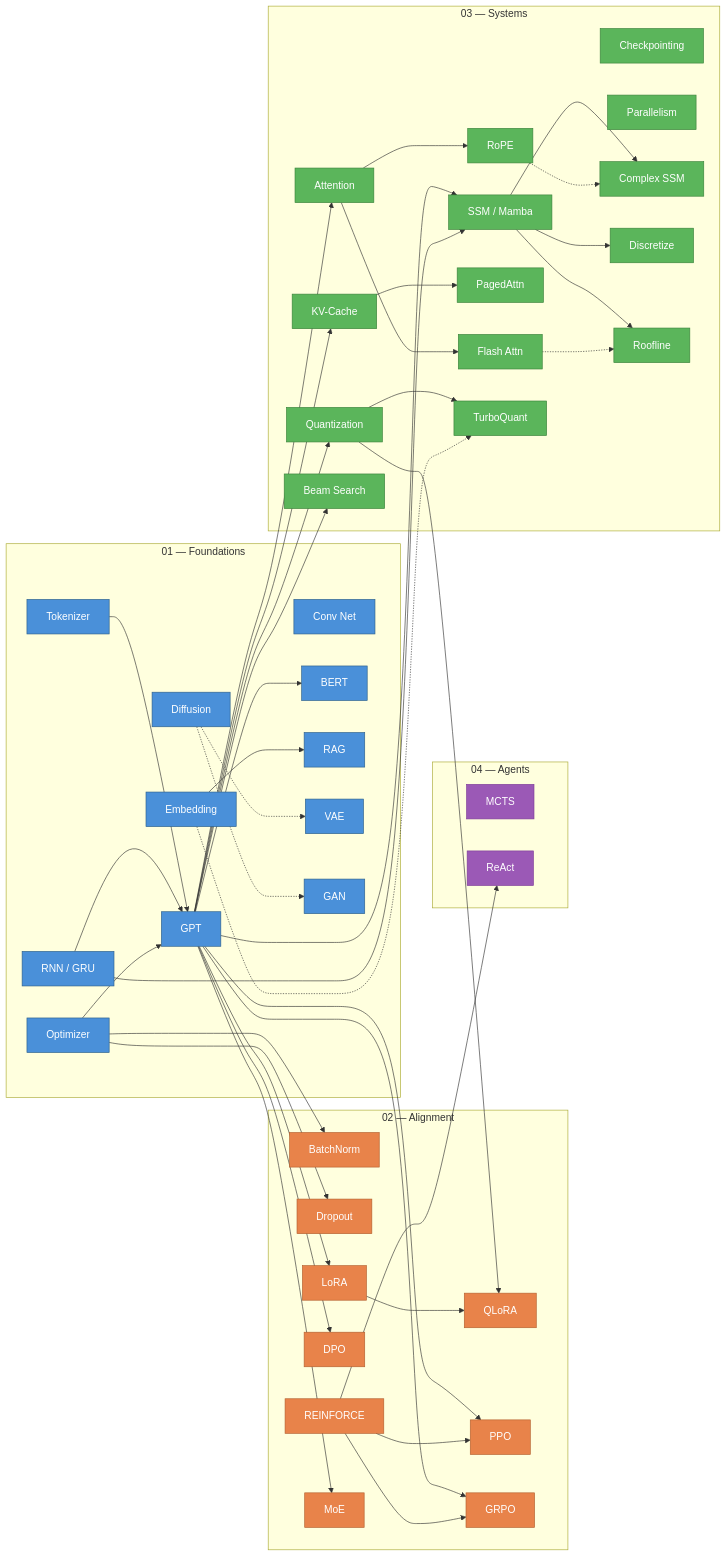
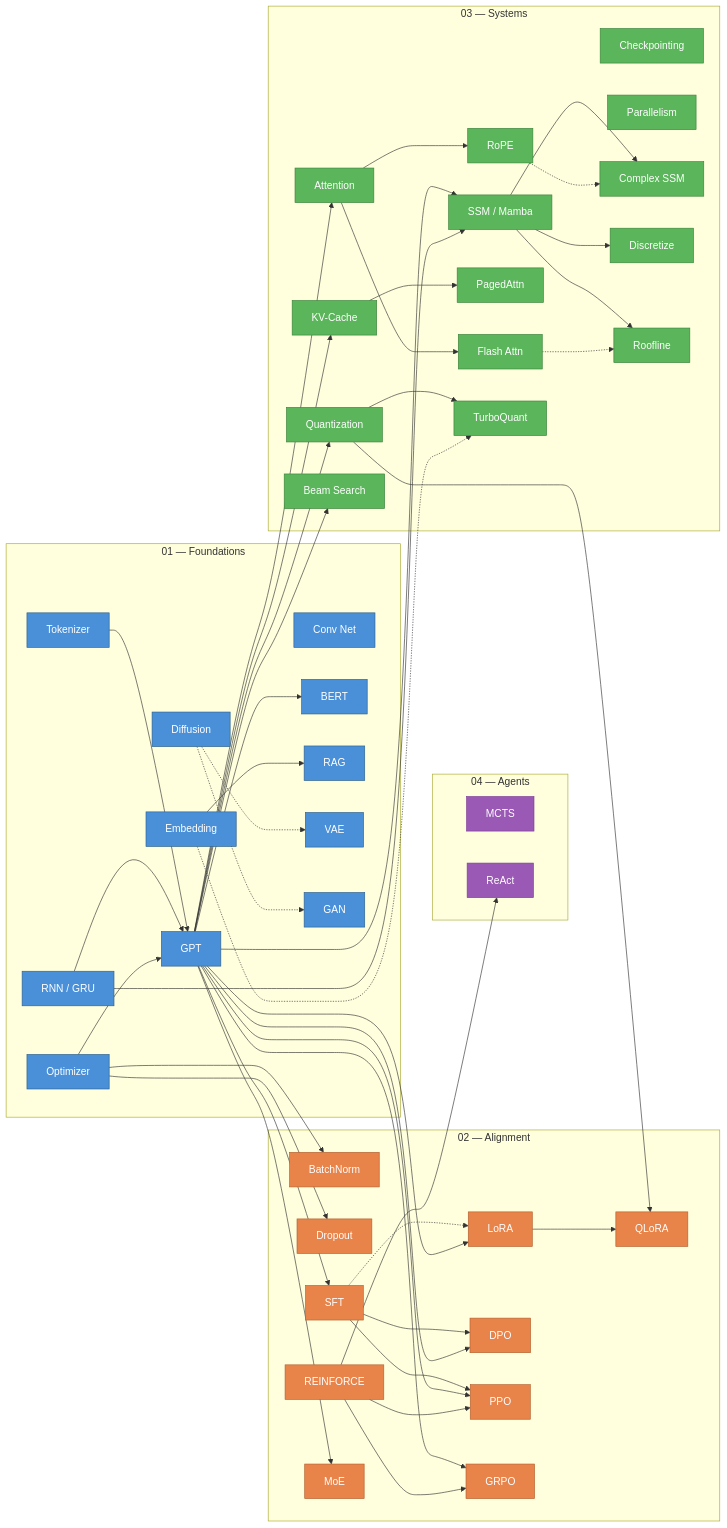
The diagram in README.md (no-magic-ai/no-magic), drawn with Mermaid before and after one commit. The commit also changed other lines of this file and 10 other files, not shown here.

````diff
--- a/README.md
+++ b/README.md
@@ -424,6 +429,7 @@
   subgraph A["02 — Alignment"]
     BN["BatchNorm"]
     DROP["Dropout"]
+    SFT["SFT"]
     LORA["LoRA"]
     QLORA["QLoRA"]
     DPO["DPO"]
@@ -467,6 +473,10 @@
   DIFF -.-> GAN
 
   %% --- Foundations → Alignment ---
+  GPT --> SFT
+  SFT --> DPO
+  SFT --> PPO
+  SFT -.-> LORA
   GPT --> LORA
   GPT --> DPO
   GPT --> PPO
@@ -508,7 +518,7 @@
 
   %% --- Apply styles ---
   class TOK,EMB,OPT,RNN,CONV,GPT,BERT,RAG,DIFF,VAE,GAN foundations
-  class BN,DROP,LORA,QLORA,DPO,REINF,PPO,GRPO,MOE alignment
+  class BN,DROP,SFT,LORA,QLORA,DPO,REINF,PPO,GRPO,MOE alignment
   class ATTN,FLASH,ROPE,KV,PAGED,QUANT,BEAM,CKPT,PAR,SSM,CSSM,DISC,ROOF,TURBO systems
   class MCTS,REACT agents
 ```
````
